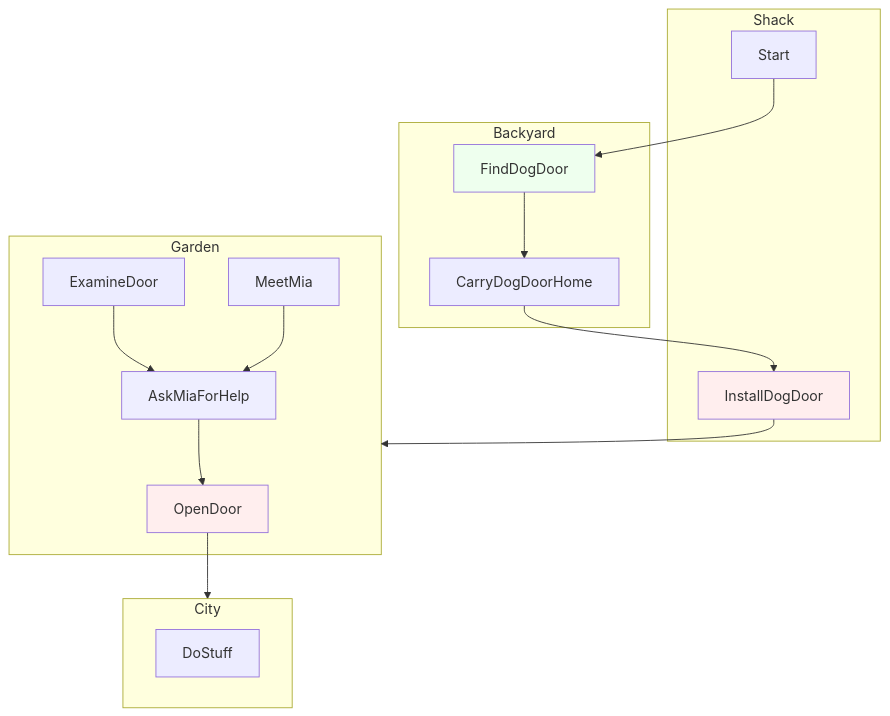
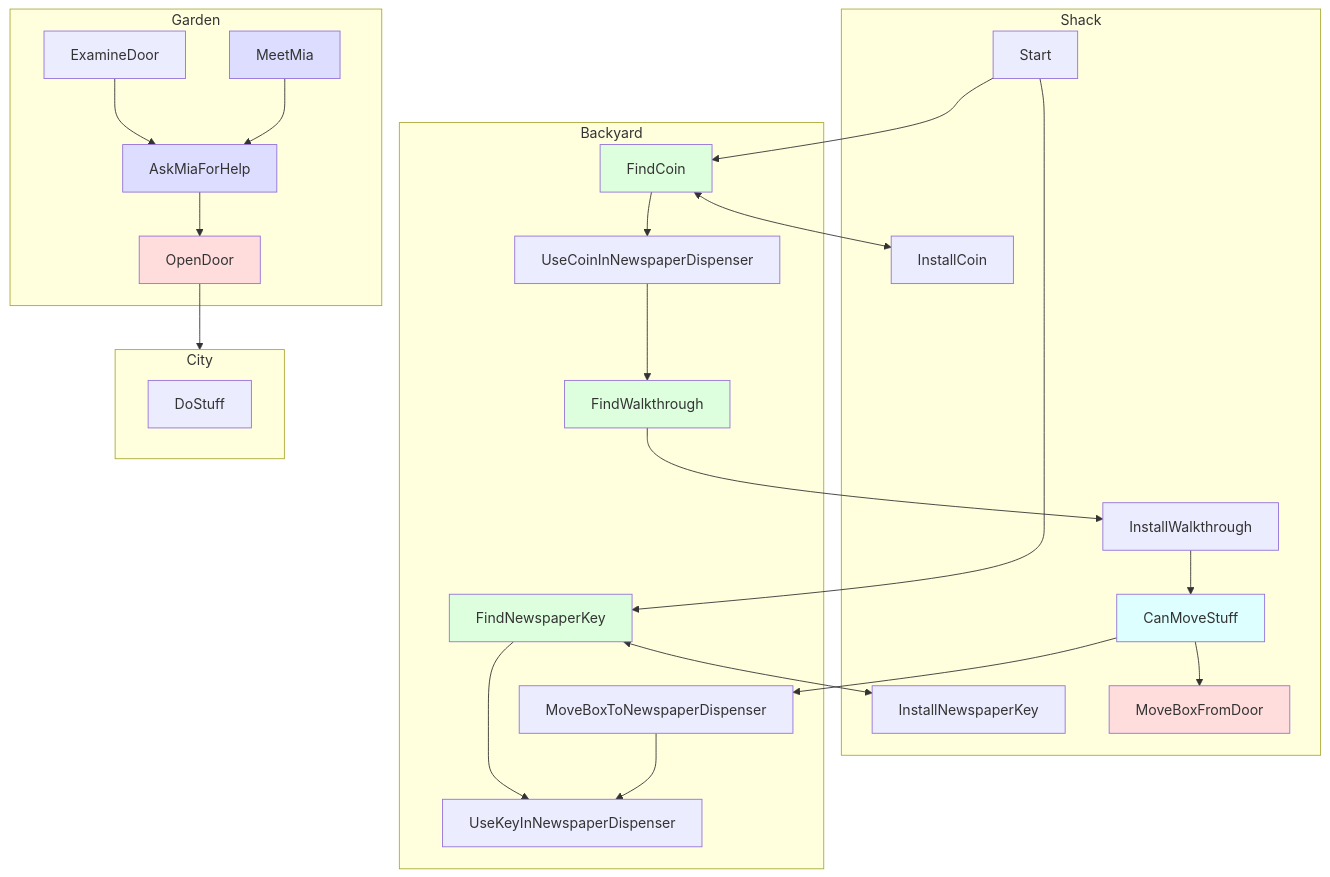
One commit to gregorhcs/RacoonTaleDocs changed the diagram in diagrams/base.mermaid. Above: the diagram before and after it, drawn with Mermaid.

Commit message:
feat: design backyard

```diff
--- a/diagrams/base.mermaid
+++ b/diagrams/base.mermaid
@@ -1,42 +1,56 @@
 flowchart TD
-    classDef exit fill:#ffeeee
-    classDef loot fill:#eeffee
-    classDef dialog fill:#eeeeff
+    classDef exit fill:#fdd
+    classDef loot fill:#dfd
+    classDef dialog fill:#ddf
+    classDef tech fill:#dff
 
 	subgraph Shack
         Start
-		InstallDogDoor:::exit
+		InstallWalkthrough
+		InstallCoin
+		InstallNewspaperKey
+        CanMoveStuff:::tech
+		MoveBoxFromDoor:::exit
 	end
 	
 	subgraph Backyard
-		FindDogDoor:::loot
-	
-		CarryDogDoorHome
+		FindCoin:::loot
+		FindWalkthrough:::loot
+        FindNewspaperKey:::loot
+        UseCoinInNewspaperDispenser
+		MoveBoxToNewspaperDispenser
+        UseKeyInNewspaperDispenser
 	end
 	
 	subgraph Garden
 		OpenDoor:::exit
 		
 		MeetMia:::dialog
 		AskMiaForHelp:::dialog
 		
 		ExamineDoor
 	end
 	
 	subgraph City
 		DoStuff
 	end
 
-    Start-->FindDogDoor
+    Start-->FindCoin
+    Start-->FindNewspaperKey
 
-    InstallDogDoor-->Garden
-
-    FindDogDoor-->CarryDogDoorHome
-
-    CarryDogDoorHome-->InstallDogDoor
+    FindNewspaperKey<-->InstallNewspaperKey
+    FindCoin<-->InstallCoin
+    FindCoin-->UseCoinInNewspaperDispenser
+    UseCoinInNewspaperDispenser-->FindWalkthrough
+    FindWalkthrough-->InstallWalkthrough
+    InstallWalkthrough-->CanMoveStuff
+    CanMoveStuff-->MoveBoxFromDoor
+    CanMoveStuff-->MoveBoxToNewspaperDispenser
+    FindNewspaperKey-->UseKeyInNewspaperDispenser
+    MoveBoxToNewspaperDispenser-->UseKeyInNewspaperDispenser
 
     ExamineDoor-->AskMiaForHelp	
     AskMiaForHelp-->OpenDoor
     MeetMia-->AskMiaForHelp
     
     OpenDoor-->City
```
